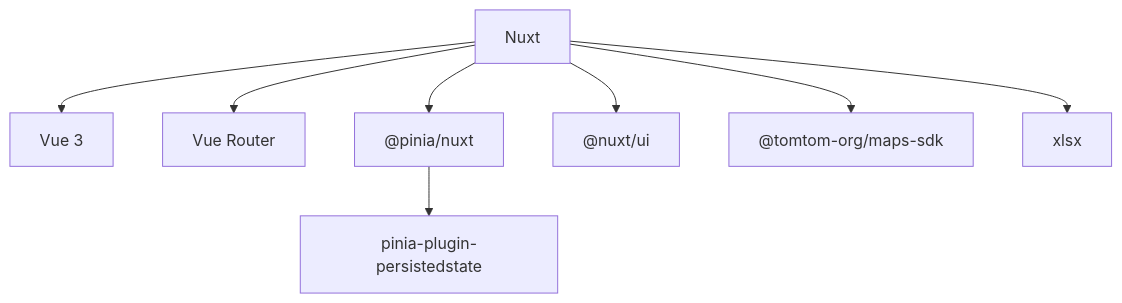
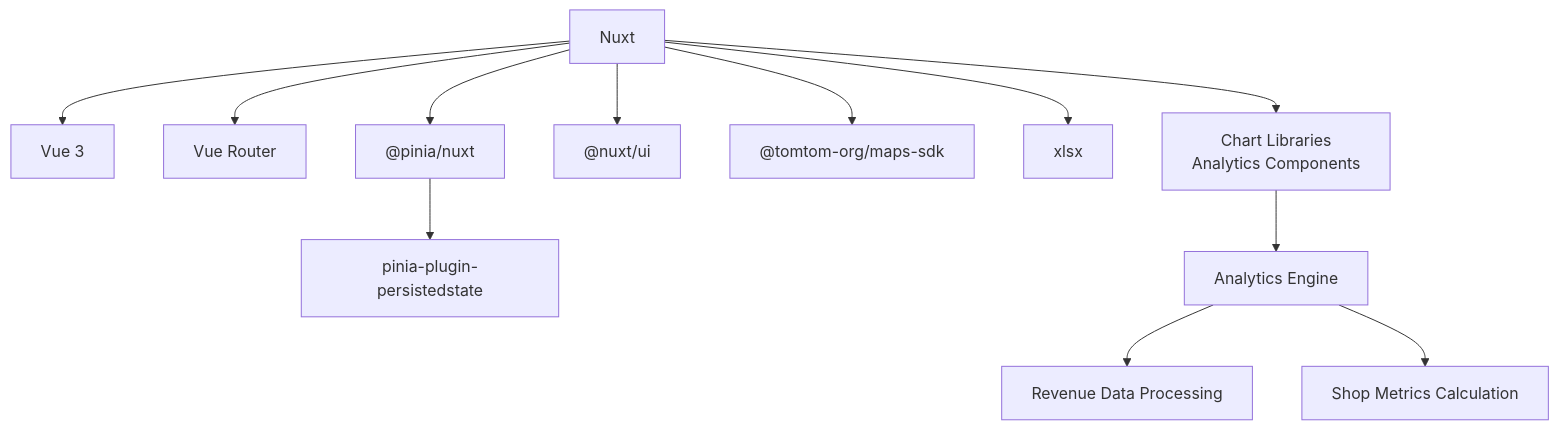
The tenth of 10 diagrams in .qoder/repowiki/en/content/Architecture & Design/Architecture & Design.md (Lazynerd-Studios/lacarte-atlas-console), drawn with Mermaid before and after one commit. The commit also changed other lines of this file and 23 other files, not shown here.

````diff
--- a/.qoder/repowiki/en/content/Architecture & Design/Architecture & Design.md
+++ b/.qoder/repowiki/en/content/Architecture & Design/Architecture & Design.md
@@ -345,10 +412,14 @@
 ```mermaid
 graph TB
 Nuxt["Nuxt"] --> Vue["Vue 3"]
 Nuxt --> Router["Vue Router"]
 Nuxt --> Pinia["@pinia/nuxt"]
 Pinia --> Persist["pinia-plugin-persistedstate"]
 Nuxt --> UI["@nuxt/ui"]
 Nuxt --> TomTom["@tomtom-org/maps-sdk"]
 Nuxt --> XLSX["xlsx"]
+Nuxt --> Charts["Chart Libraries<br/>Analytics Components"]
+Charts --> Analytics["Analytics Engine"]
+Analytics --> Revenue["Revenue Data Processing"]
+Analytics --> Metrics["Shop Metrics Calculation"]
 ```
````
